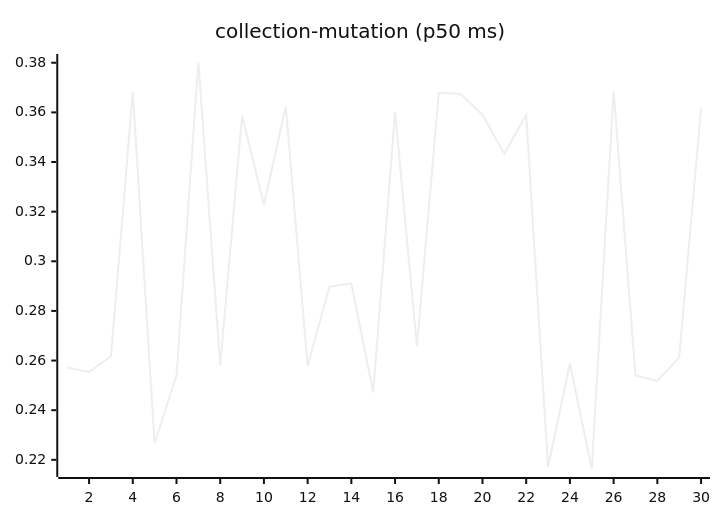
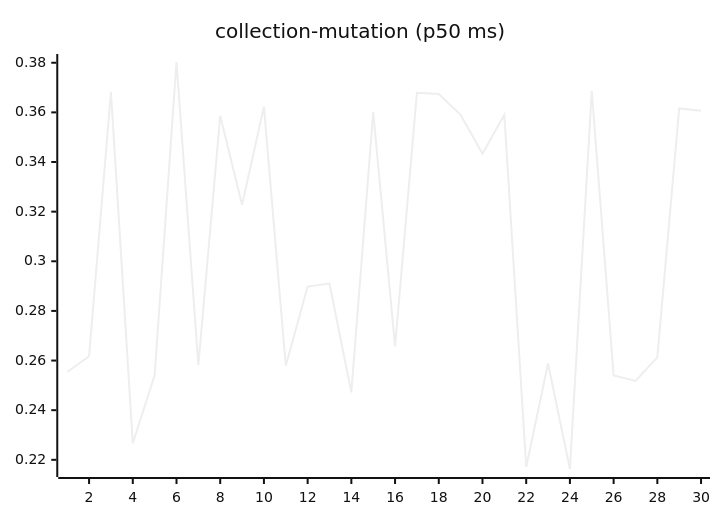
Before and after one commit to josha/Facet: the sixth of 27 diagrams in README.md, drawn with Mermaid (neutral theme). The commit also changed other lines of this file and 2 other files, not shown here.

````diff
--- a/README.md
+++ b/README.md
@@ -98,6 +98,6 @@
 ```mermaid
 xychart-beta
     title "collection-mutation (p50 ms)"
     x-axis 1 --> 30
-    line [0.2572, 0.2554, 0.2617, 0.3682, 0.2267, 0.2541, 0.3803, 0.2581, 0.3586, 0.3228, 0.3623, 0.2579, 0.2898, 0.2910, 0.2472, 0.3601, 0.2657, 0.3679, 0.3674, 0.3590, 0.3433, 0.3590, 0.2171, 0.2588, 0.2163, 0.3686, 0.2540, 0.2518, 0.2613, 0.3616]
+    line [0.2554, 0.2617, 0.3682, 0.2267, 0.2541, 0.3803, 0.2581, 0.3586, 0.3228, 0.3623, 0.2579, 0.2898, 0.2910, 0.2472, 0.3601, 0.2657, 0.3679, 0.3674, 0.3590, 0.3433, 0.3590, 0.2171, 0.2588, 0.2163, 0.3686, 0.2540, 0.2518, 0.2613, 0.3616, 0.3607]
 ```
````
